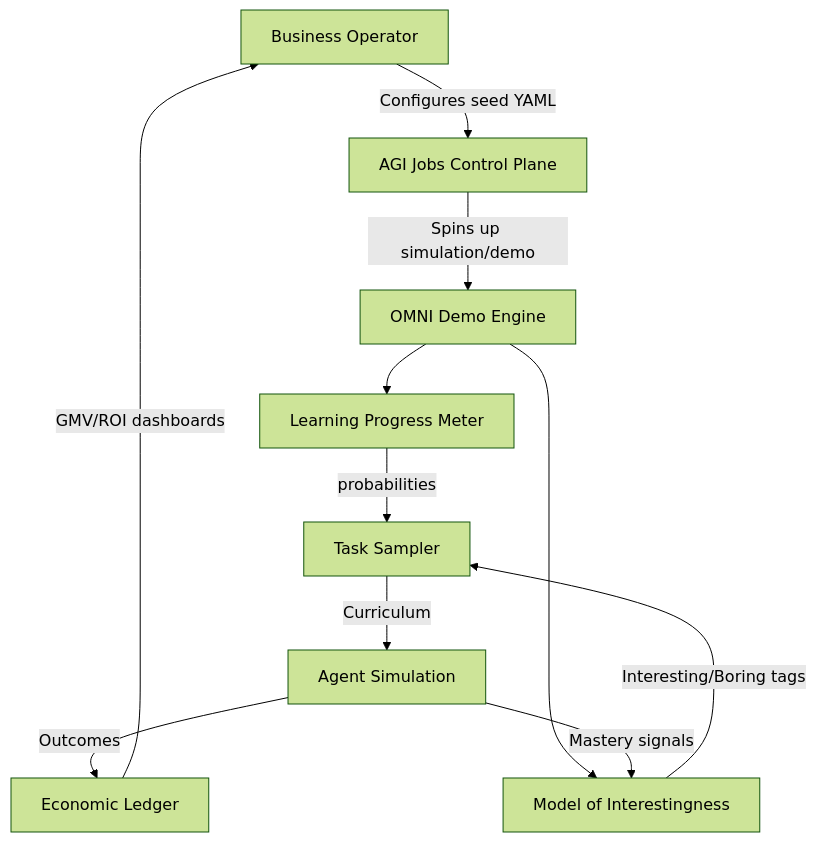
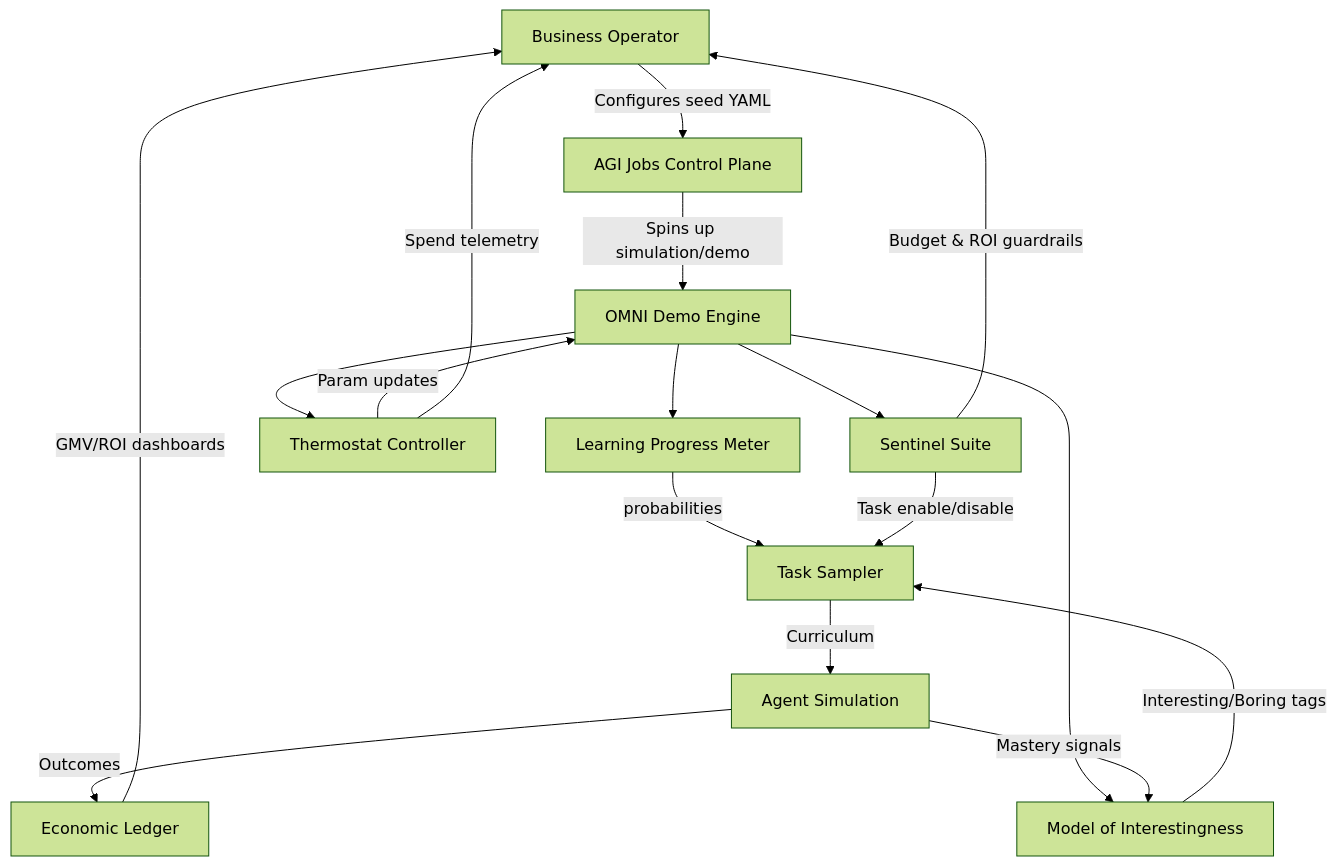
Before and after one commit to MontrealAI/AGIJobsv0: the first of 4 diagrams in demo/Open-Endedness-v0/README.md, drawn with Mermaid (forest theme). The commit also changed other lines of this file and 7 other files, not shown here.

Commit message:
feat: elevate omni demo with guardrails and ui telemetry

````diff
--- a/demo/Open-Endedness-v0/README.md
+++ b/demo/Open-Endedness-v0/README.md
@@ -21,13 +21,19 @@
 ```mermaid
 graph TD
     A[Business Operator] -->|Configures seed YAML| B[AGI Jobs Control Plane]
     B -->|Spins up simulation/demo| C[OMNI Demo Engine]
     C --> D[Learning Progress Meter]
     C --> E[Model of Interestingness]
+    C --> I[Thermostat Controller]
+    C --> J[Sentinel Suite]
     D -->|probabilities| F[Task Sampler]
     E -->|Interesting/Boring tags| F
+    I -->|Param updates| C
+    J -->|Task enable/disable| F
     F -->|Curriculum| G[Agent Simulation]
     G -->|Outcomes| H[Economic Ledger]
     H -->|GMV/ROI dashboards| A
+    J -->|Budget & ROI guardrails| A
+    I -->|Spend telemetry| A
     G -->|Mastery signals| E
 ```
````
